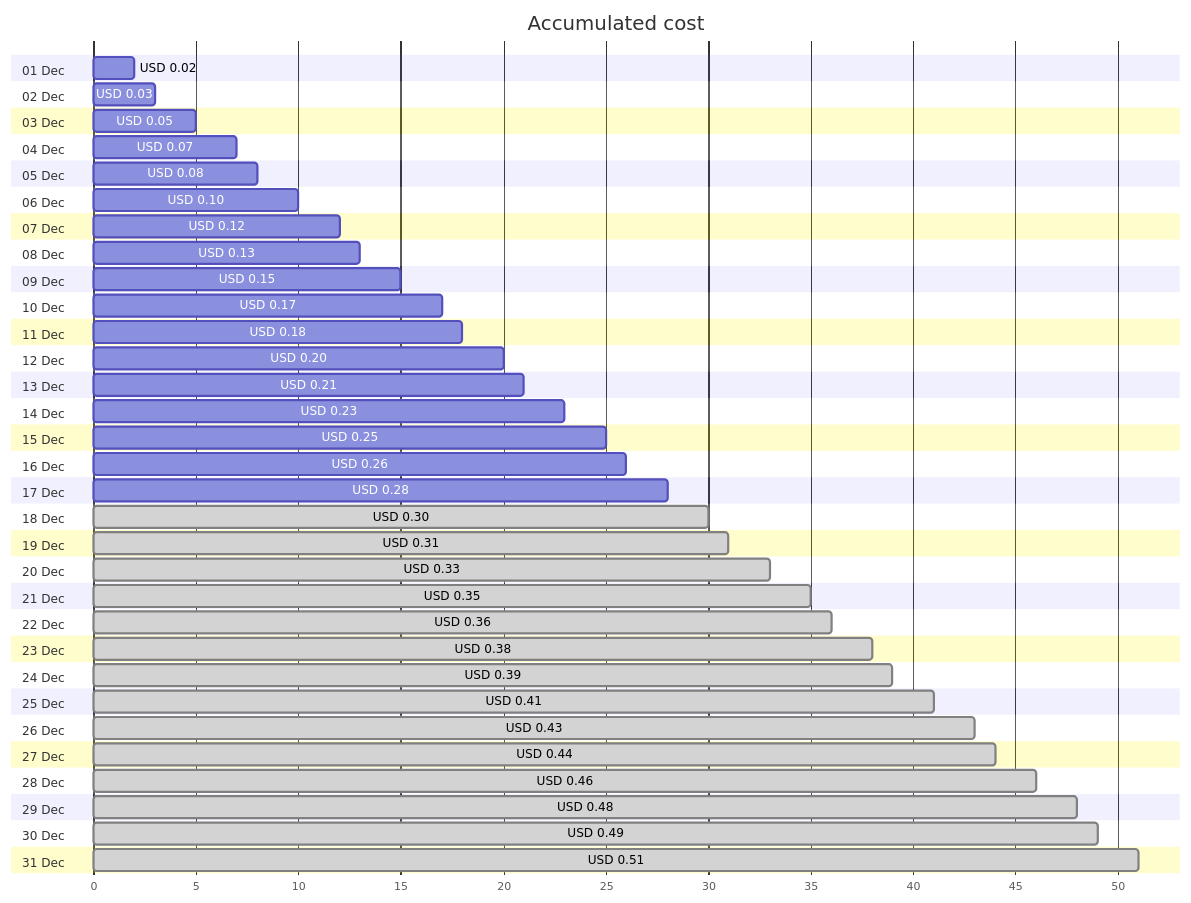
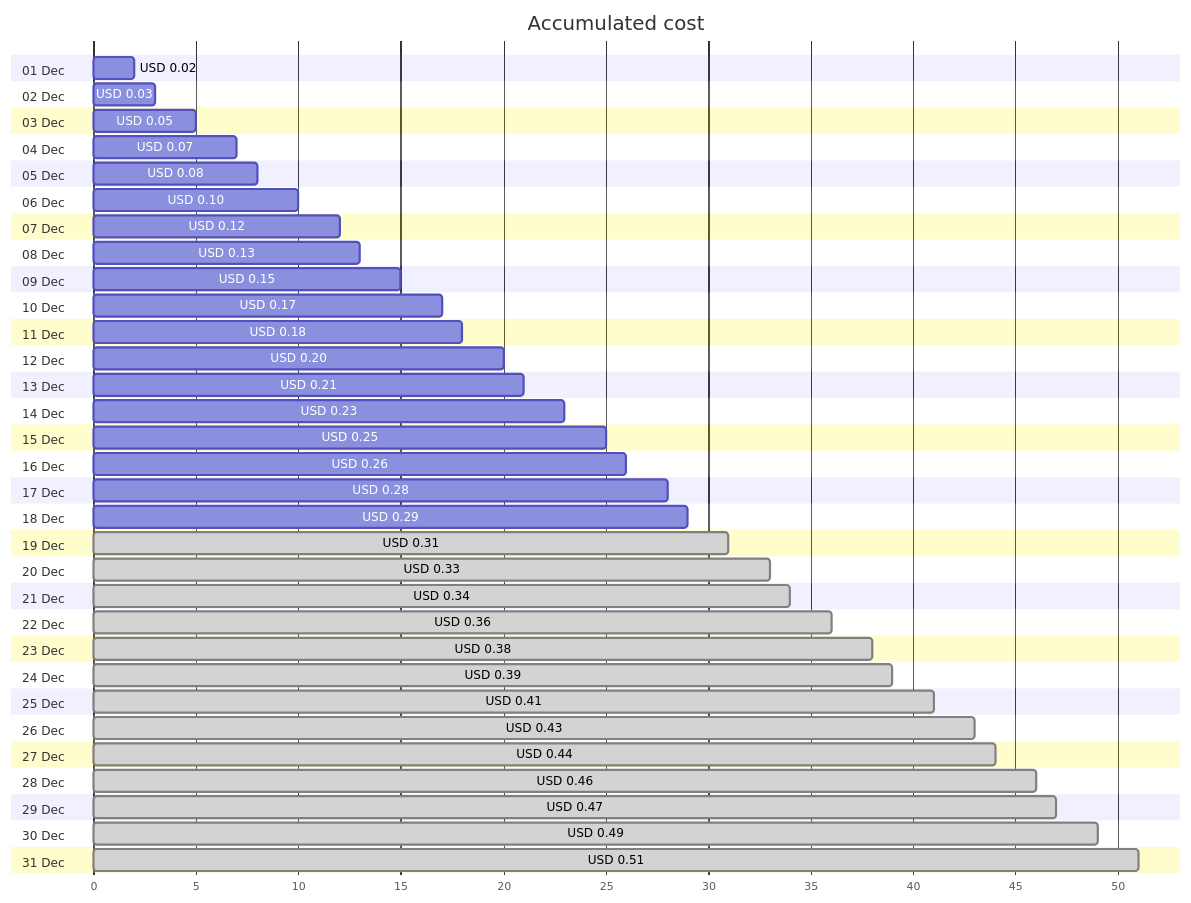
One commit to jpfulton/azure-personal-reports changed the first of 4 diagrams in cost-reports/personal-dns/jpatrickfulton.dev.md. Above: the diagram before and after it, drawn with Mermaid. The commit also changed other lines of this file and 2 other files, not shown here.

````diff
--- a/cost-reports/personal-dns/jpatrickfulton.dev.md
+++ b/cost-reports/personal-dns/jpatrickfulton.dev.md
@@ -20,68 +20,68 @@
 ```mermaid
 gantt
    title Accumulated cost
    dateFormat  X
    axisFormat %s
    section 01 Dec
    USD 0.02 :0, 2
    section 02 Dec
    USD 0.03 :0, 3
    section 03 Dec
    USD 0.05 :0, 5
    section 04 Dec
    USD 0.07 :0, 7
    section 05 Dec
    USD 0.08 :0, 8
    section 06 Dec
    USD 0.10 :0, 10
    section 07 Dec
    USD 0.12 :0, 12
    section 08 Dec
    USD 0.13 :0, 13
    section 09 Dec
    USD 0.15 :0, 15
    section 10 Dec
    USD 0.17 :0, 17
    section 11 Dec
    USD 0.18 :0, 18
    section 12 Dec
    USD 0.20 :0, 20
    section 13 Dec
    USD 0.21 :0, 21
    section 14 Dec
    USD 0.23 :0, 23
    section 15 Dec
    USD 0.25 :0, 25
    section 16 Dec
    USD 0.26 :0, 26
    section 17 Dec
    USD 0.28 :0, 28
    section 18 Dec
-   USD 0.30 : done, 0, 30
+   USD 0.29 :0, 29
    section 19 Dec
    USD 0.31 : done, 0, 31
    section 20 Dec
    USD 0.33 : done, 0, 33
    section 21 Dec
-   USD 0.35 : done, 0, 35
+   USD 0.34 : done, 0, 34
    section 22 Dec
    USD 0.36 : done, 0, 36
    section 23 Dec
    USD 0.38 : done, 0, 38
    section 24 Dec
    USD 0.39 : done, 0, 39
    section 25 Dec
    USD 0.41 : done, 0, 41
    section 26 Dec
    USD 0.43 : done, 0, 43
    section 27 Dec
    USD 0.44 : done, 0, 44
    section 28 Dec
    USD 0.46 : done, 0, 46
    section 29 Dec
-   USD 0.48 : done, 0, 48
+   USD 0.47 : done, 0, 47
    section 30 Dec
    USD 0.49 : done, 0, 49
    section 31 Dec
    USD 0.51 : done, 0, 51
 ```
````
